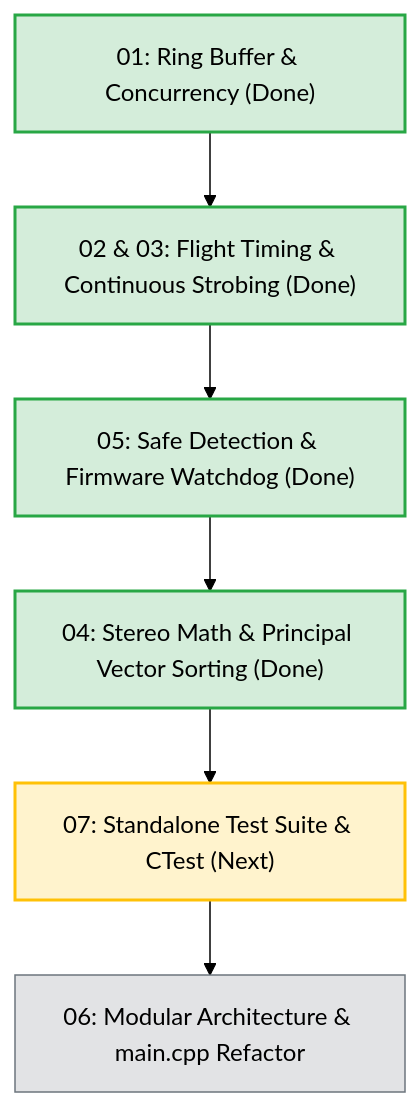
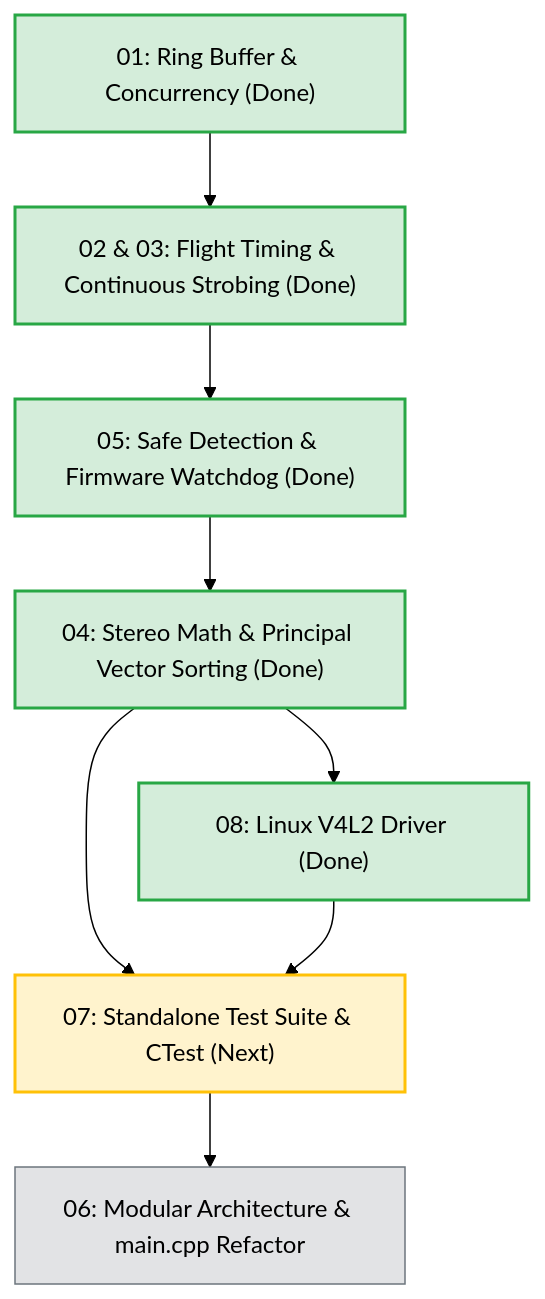
Before and after one commit to hward7044/GolfSim: the diagram in docs/refactor/README.md, drawn with Mermaid (forest theme). The commit also changed other lines of this file and 12 other files, not shown here.

Commit message:
Linux driver initial impl

````diff
--- a/docs/refactor/README.md
+++ b/docs/refactor/README.md
@@ -23,15 +24,18 @@
 ```mermaid
 graph TD
     Phase1["01: Ring Buffer & Concurrency (Done)"] --> Phase2["02 & 03: Flight Timing & Continuous Strobing (Done)"]
     Phase2 --> Phase3["05: Safe Detection & Firmware Watchdog (Done)"]
     Phase3 --> Phase4["04: Stereo Math & Principal Vector Sorting (Done)"]
     Phase4 --> Phase5["07: Standalone Test Suite & CTest (Next)"]
     Phase5 --> Phase6["06: Modular Architecture & main.cpp Refactor"]
+    Phase4 --> Phase4b["08: Linux V4L2 Driver (Done)"]
+    Phase4b --> Phase5
     
     style Phase1 fill:#d4edda,stroke:#28a745,stroke-width:2px;
     style Phase2 fill:#d4edda,stroke:#28a745,stroke-width:2px;
     style Phase3 fill:#d4edda,stroke:#28a745,stroke-width:2px;
     style Phase4 fill:#d4edda,stroke:#28a745,stroke-width:2px;
+    style Phase4b fill:#d4edda,stroke:#28a745,stroke-width:2px;
     style Phase5 fill:#fff3cd,stroke:#ffc107,stroke-width:2px;
     style Phase6 fill:#e2e3e5,stroke:#6c757d,stroke-width:1px;
 ```
````
